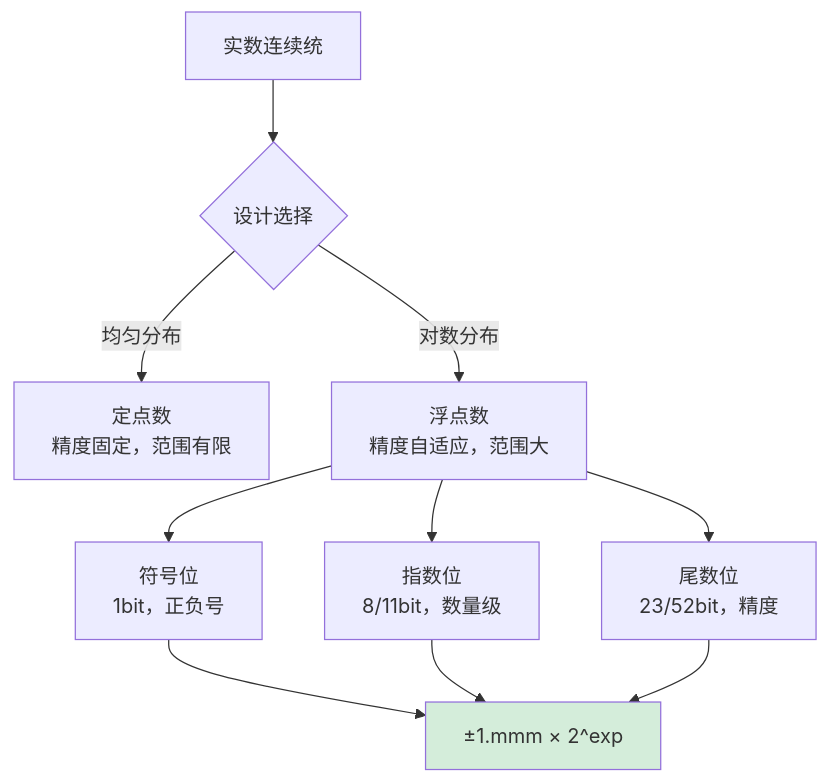
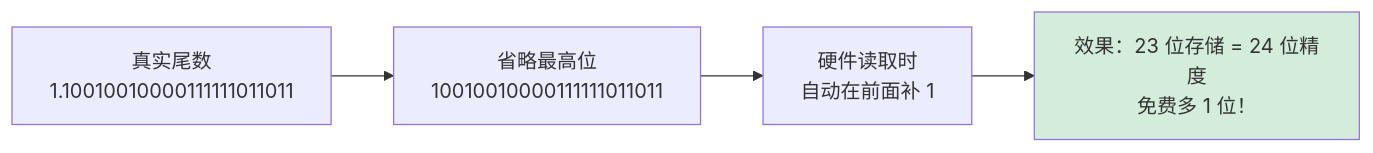
Before and after one commit to chongyang211/YCBookBlog: diagram 11 of 24 in 00.通用技术的提升/02.程序编程原理/02.浮点型数据设计灵魂.md, drawn with Mermaid. The commit also changed other lines of this file and 21 other files, not shown here.

````diff
--- a/00.通用技术的提升/02.程序编程原理/02.浮点型数据设计灵魂.md
+++ b/00.通用技术的提升/02.程序编程原理/02.浮点型数据设计灵魂.md
@@ -189,16 +745,10 @@
 ```mermaid
-graph TB
-    A[实数连续统] --> B{设计选择}
-    B -->|均匀分布| C[定点数<br/>精度固定，范围有限]
-    B -->|对数分布| D[浮点数<br/>精度自适应，范围大]
+flowchart LR
+    A[真实尾数<br/>1.10010010000111111011011] --> B[省略最高位<br/>10010010000111111011011]
     
-    D --> E[符号位<br/>1bit，正负号]
-    D --> F[指数位<br/>8/11bit，数量级]
-    D --> G[尾数位<br/>23/52bit，精度]
+    B --> C[硬件读取时<br/>自动在前面补 1]
     
-    E --> H[±1.mmm × 2^exp]
-    F --> H
-    G --> H
+    C --> D[效果：23 位存储 = 24 位精度<br/>免费多 1 位！]
     
-    style H fill:#d4edda
+    style D fill:#d4edda
 ```
````
